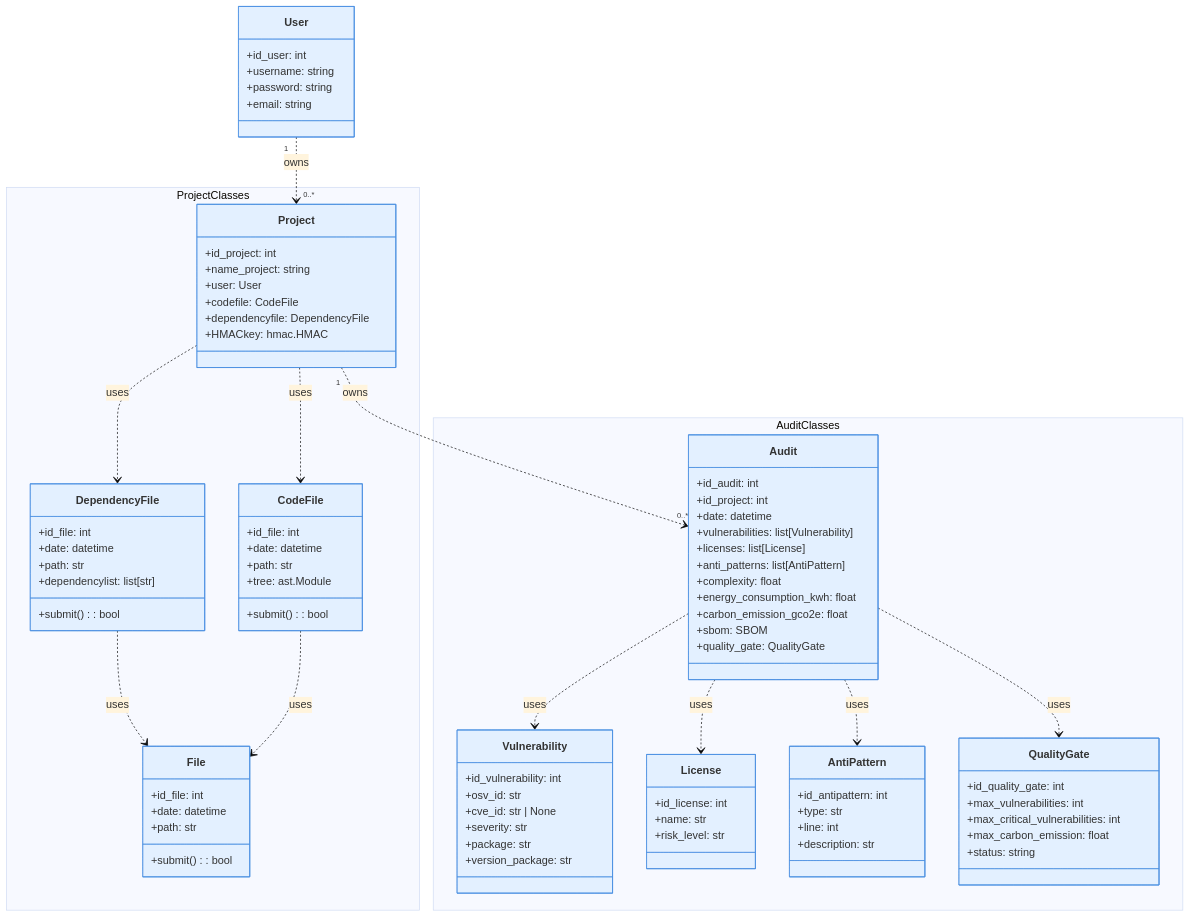
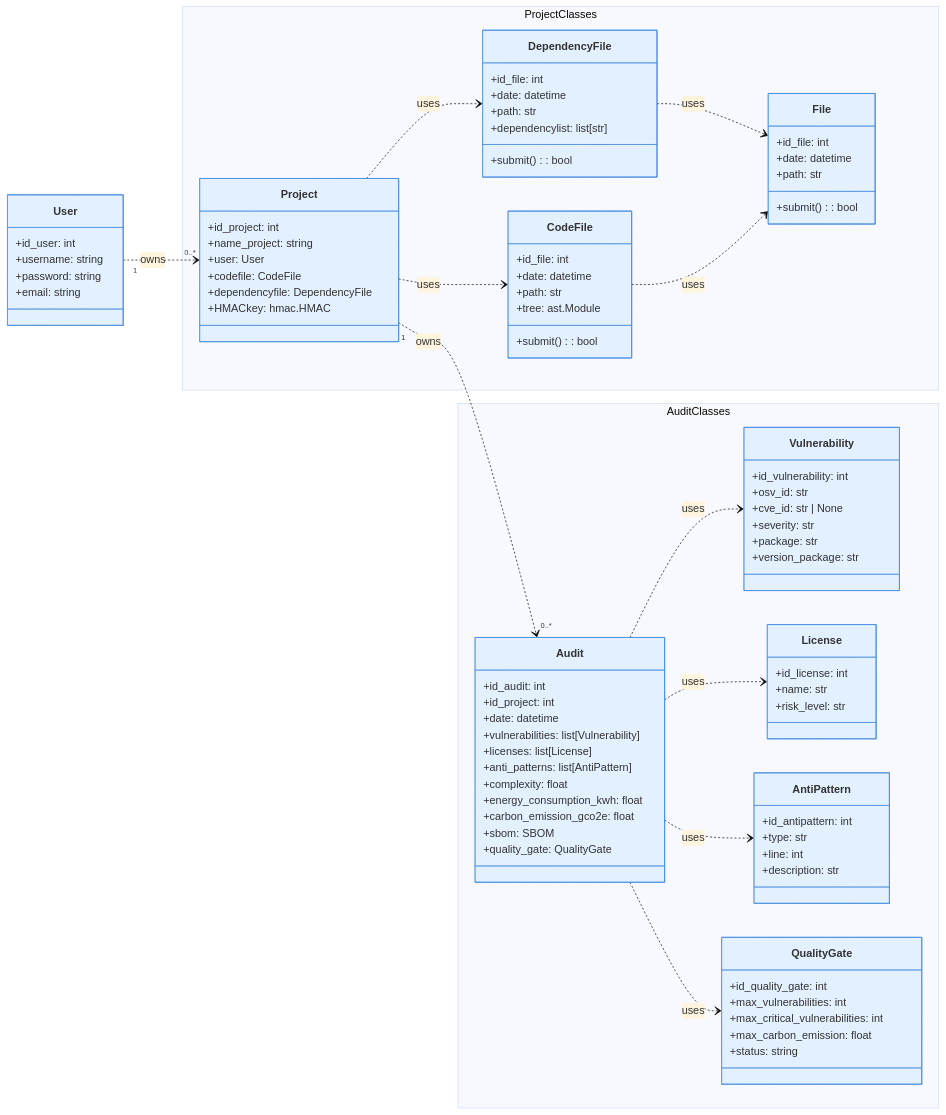
The diagram in doc/class_diagram2.md (galahade-ncl/ensai-it-project-2a-team34), drawn with Mermaid before and after one commit. The commit also changed 1 other file, not shown here.

Commit message:
modif diagramme classe

```diff
--- a/doc/class_diagram2.md
+++ b/doc/class_diagram2.md
@@ -23,6 +23,7 @@
   "themeCSS": ".cluster:nth-of-type(1) rect {   fill: #b3ccf8 !important; stroke: #3086e8 !important; width: 700px !important; } .cluster:nth-of-type(2) rect { fill: #ccf0ff !important; stroke: #586cff !important; width: 1100px !important; } .cluster:nth-of-type(3) rect { fill: #e1baf1 !important; stroke: #8E44AD !important;}"}}%%
 
 classDiagram
+    direction LR
     %% Business objects
     class User {
         +id_user: int
```
